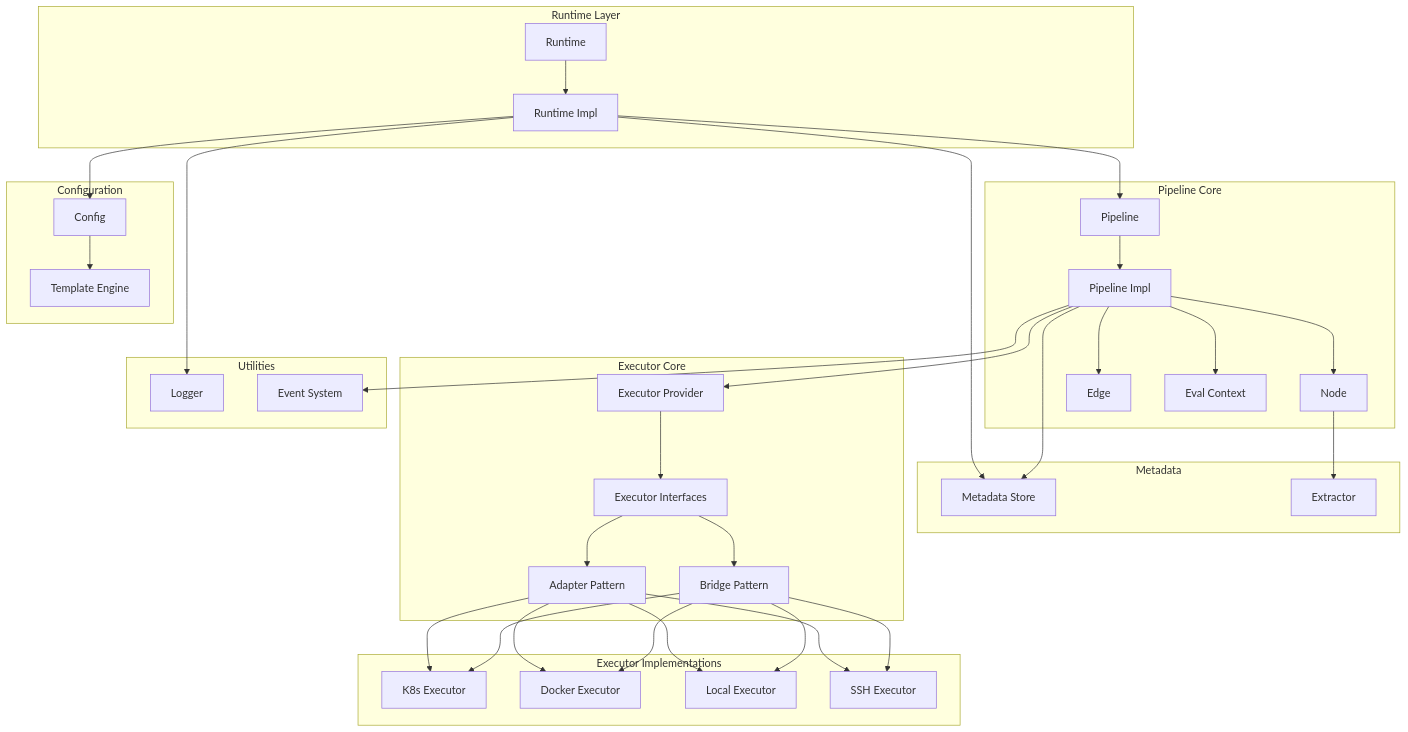
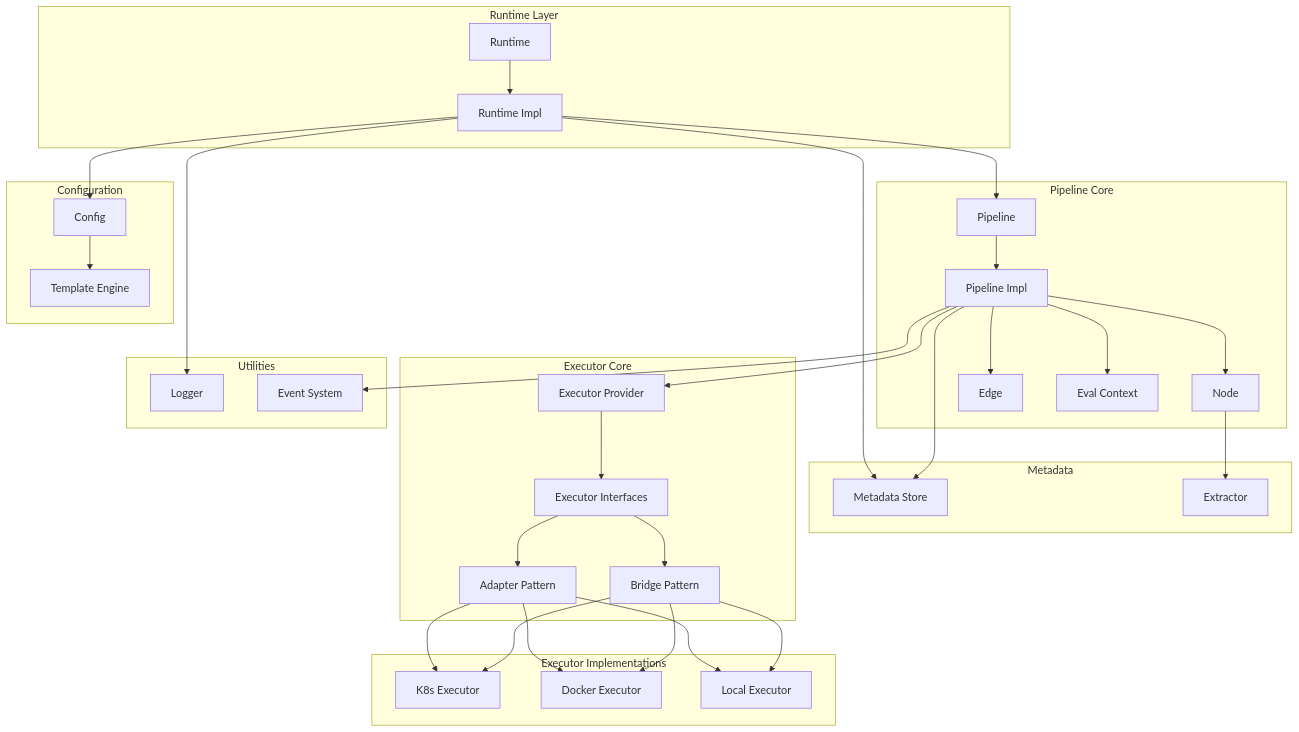
Before and after one commit to LerkoX/flowx: the diagram in README.md, drawn with Mermaid. The commit also changed other lines of this file and 1 other file, not shown here.

Commit message:
docs(readme): 修正 README 中过时的 API、示例和架构图

````diff
--- a/README.md
+++ b/README.md
@@ -469,70 +504,67 @@
 ```mermaid
 graph TB
     subgraph "Runtime Layer"
         RT[Runtime]
         RTI[Runtime Impl]
     end
 
     subgraph "Pipeline Core"
         PL[Pipeline]
         PLI[Pipeline Impl]
         NODE[Node]
         EDGE[Edge]
         EVAL[Eval Context]
     end
 
     subgraph "Configuration"
         CFG[Config]
         TPL[Template Engine]
     end
 
     subgraph "Metadata"
         MD[Metadata Store]
         EXT[Extractor]
     end
 
     subgraph "Executor Core"
         EP[Executor Provider]
         EI[Executor Interfaces]
         ADP[Adapter Pattern]
         BRG[Bridge Pattern]
     end
 
     subgraph "Executor Implementations"
         K8S[K8s Executor]
         DOCKER[Docker Executor]
         LOCAL[Local Executor]
-        SSH[SSH Executor]
     end
 
     subgraph "Utilities"
         LOG[Logger]
         EVT[Event System]
     end
 
     RT --> RTI
     RTI --> PL
     PL --> PLI
     PLI --> NODE
     PLI --> EDGE
     PLI --> EVAL
     PLI --> EP
     EP --> EI
     EI --> ADP
     EI --> BRG
     ADP --> K8S
     ADP --> DOCKER
     ADP --> LOCAL
-    ADP --> SSH
     BRG --> K8S
     BRG --> DOCKER
     BRG --> LOCAL
-    BRG --> SSH
     RTI --> CFG
     RTI --> MD
     PLI --> MD
     CFG --> TPL
     NODE --> EXT
     PLI --> EVT
     RTI --> LOG
 ```
````
